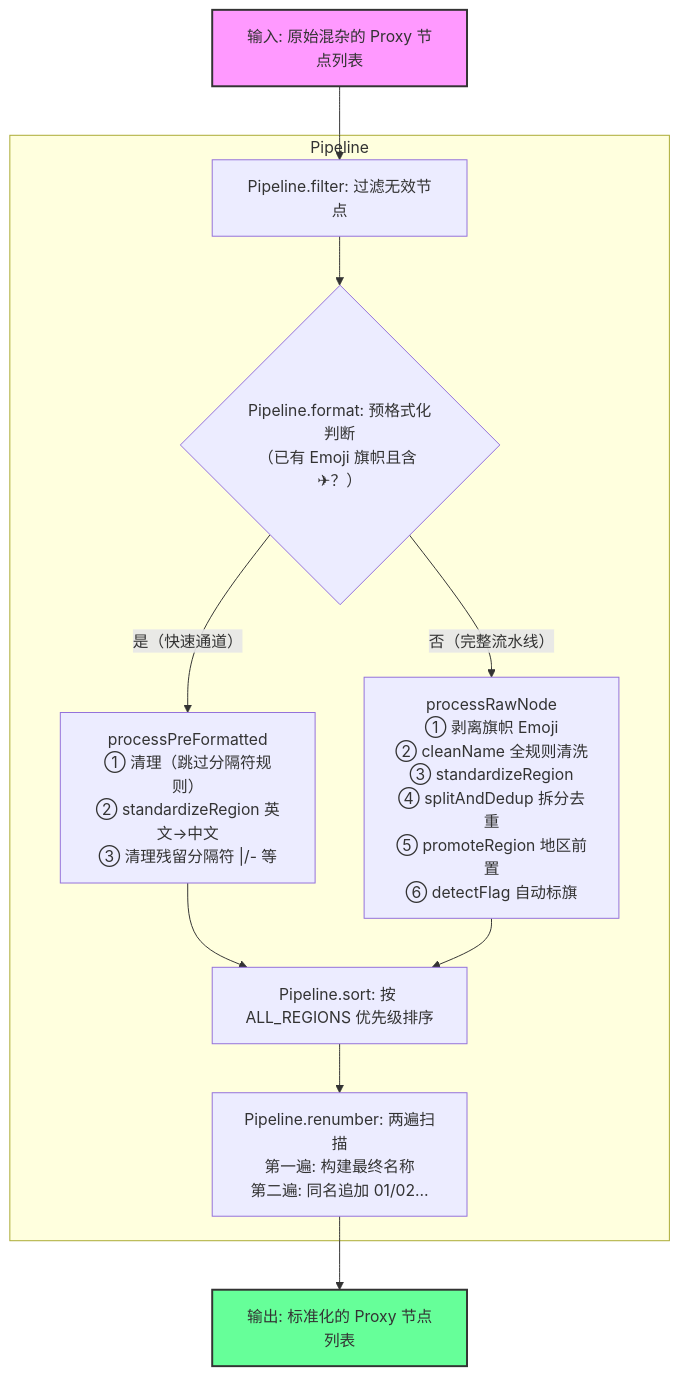
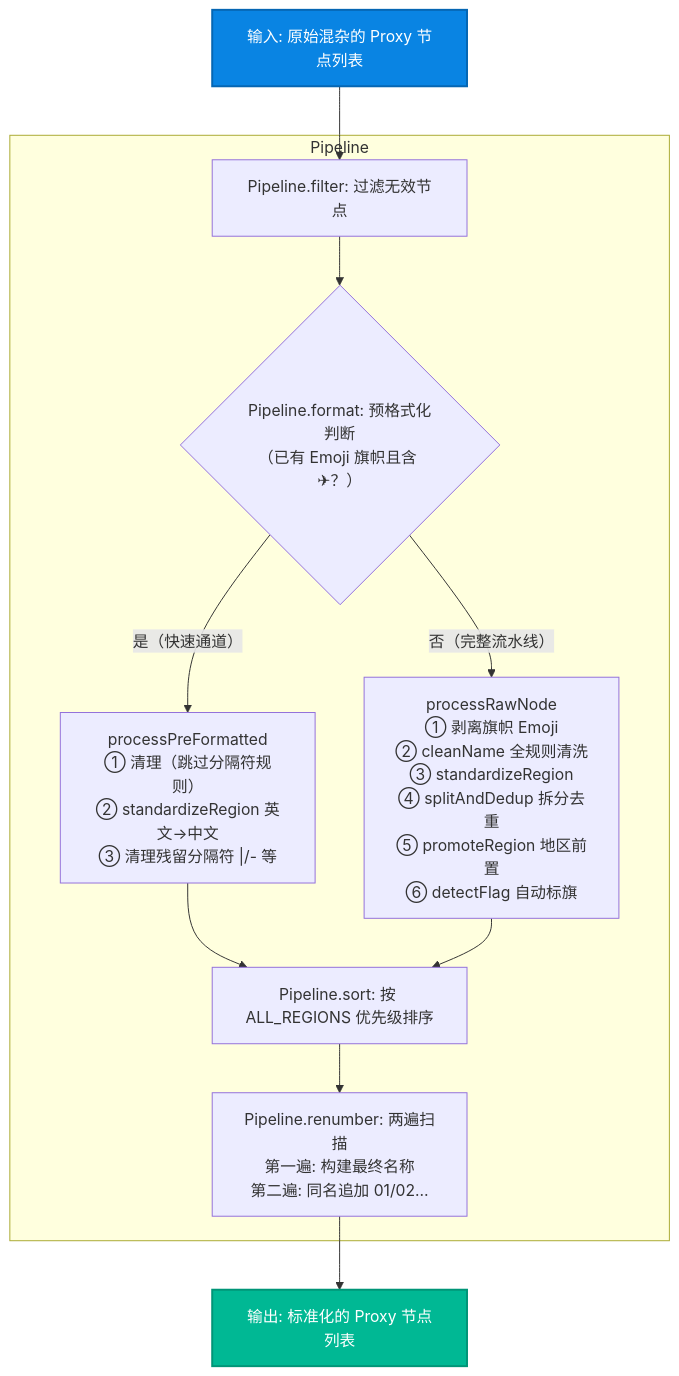
Before and after one commit to currycan/sb-xray: the fifth of 5 diagrams in docs/03-routing-and-clients.md, drawn with Mermaid. The commit also changed other lines of this file and 5 other files, not shown here.

````diff
--- a/docs/03-routing-and-clients.md
+++ b/docs/03-routing-and-clients.md
@@ -406,20 +406,20 @@
 ```mermaid
-graph TD
+flowchart TD
     A["输入: 原始混杂的 Proxy 节点列表"] --> F0
 
     subgraph Pipeline
         F0["Pipeline.filter: 过滤无效节点"] --> F1
         F1{"Pipeline.format: 预格式化判断\n（已有 Emoji 旗帜且含 ✈？）"}
         F1 -- "是（快速通道）" --> PF["processPreFormatted\n① 清理（跳过分隔符规则）\n② standardizeRegion 英文→中文\n③ 清理残留分隔符 |/- 等"]
         F1 -- "否（完整流水线）" --> PR["processRawNode\n① 剥离旗帜 Emoji\n② cleanName 全规则清洗\n③ standardizeRegion\n④ splitAndDedup 拆分去重\n⑤ promoteRegion 地区前置\n⑥ detectFlag 自动标旗"]
         PF --> S
         PR --> S
         S["Pipeline.sort: 按 ALL_REGIONS 优先级排序"] --> R
         R["Pipeline.renumber: 两遍扫描\n第一遍: 构建最终名称\n第二遍: 同名追加 01/02…"]
     end
 
     R --> Z["输出: 标准化的 Proxy 节点列表"]
 
-    style A fill:#f9f,stroke:#333,stroke-width:2px
-    style Z fill:#6f9,stroke:#333,stroke-width:2px
+    style A fill:#0984e3,stroke:#0566b3,stroke-width:2px,color:#fff
+    style Z fill:#00b894,stroke:#009577,stroke-width:2px,color:#fff
 ```
````
